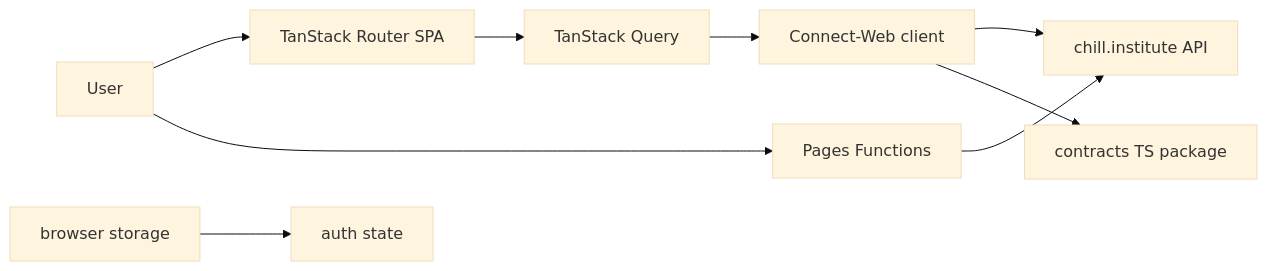
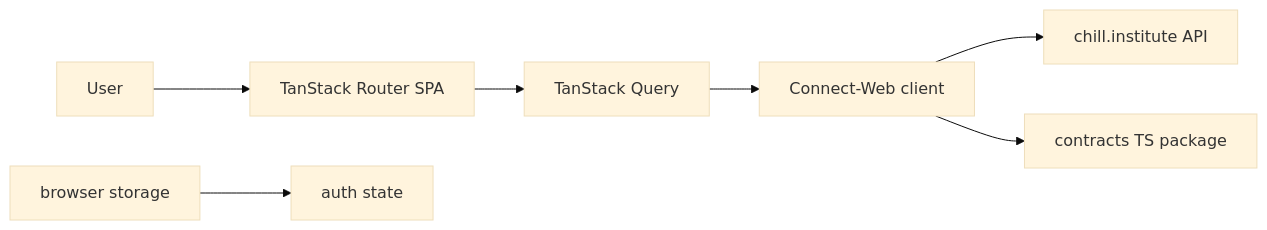
One commit to chill-institute/chill-institute-web changed the first of 4 diagrams in docs/ARCHITECTURE.md. Above: the diagram before and after it, drawn with Mermaid (base theme). The commit also changed other lines of this file and 5 other files, not shown here.

````diff
--- a/docs/ARCHITECTURE.md
+++ b/docs/ARCHITECTURE.md
@@ -7,11 +7,9 @@
 ```mermaid
 graph LR
   User --> Router["TanStack Router SPA"]
-  User --> Edge["Pages Functions"]
   Router --> Queries["TanStack Query"]
   Queries --> API["Connect-Web client"]
   API --> InstituteAPI["chill.institute API"]
   API --> Contracts["contracts TS package"]
-  Edge --> InstituteAPI
   Browser["browser storage"] --> Auth["auth state"]
 ```
````
